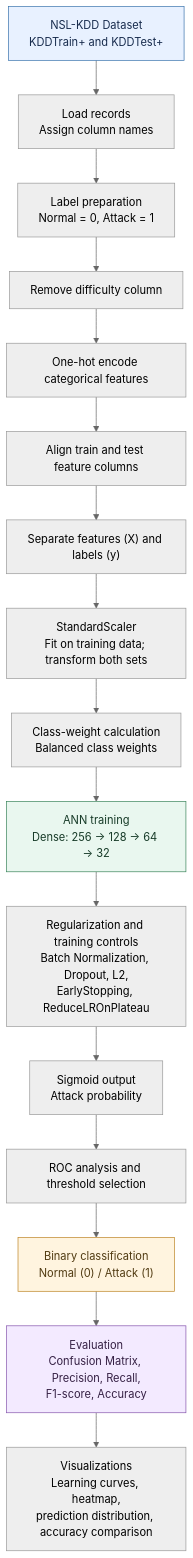
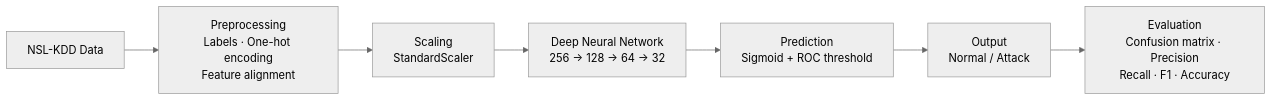
Before and after one commit to SujitSaiY2007/AI-Driven-Intrusion-Detection-System-Using-DeepLearning: the diagram in README.md, drawn with Mermaid (neutral theme). The commit also changed other lines of this file, not shown here.

Commit message:
Update README with final report metrics and simplified horizontal architecture

````diff
--- a/README.md
+++ b/README.md
@@ -30,23 +30,9 @@
 ```mermaid
-flowchart TD
-    A["NSL-KDD Dataset<br/>KDDTrain+ and KDDTest+"] --> B["Load records<br/>Assign column names"]
-    B --> C["Label preparation<br/>Normal = 0, Attack = 1"]
-    C --> D["Remove difficulty column"]
-    D --> E["One-hot encode categorical features"]
-    E --> F["Align train and test feature columns"]
-    F --> G["Separate features (X) and labels (y)"]
-    G --> H["StandardScaler<br/>Fit on training data; transform both sets"]
-    H --> I["Class-weight calculation<br/>Balanced class weights"]
-    I --> J["ANN training<br/>Dense: 256 → 128 → 64 → 32"]
-    J --> K["Regularization and training controls<br/>Batch Normalization, Dropout, L2,<br/>EarlyStopping, ReduceLROnPlateau"]
-    K --> L["Sigmoid output<br/>Attack probability"]
-    L --> M["ROC analysis and threshold selection"]
-    M --> N["Binary classification<br/>Normal (0) / Attack (1)"]
-    N --> O["Evaluation<br/>Confusion Matrix, Precision, Recall,<br/>F1-score, Accuracy"]
-    O --> P["Visualizations<br/>Learning curves, heatmap,<br/>prediction distribution, accuracy comparison"]
-
-    style A fill:#e8f1ff,stroke:#3973ac,color:#172b4d
-    style J fill:#e9f7ef,stroke:#39845a,color:#173b28
-    style N fill:#fff4df,stroke:#bd8425,color:#513b12
-    style O fill:#f3eaff,stroke:#8656ad,color:#352044
+flowchart LR
+    A["NSL-KDD Data"] --> B["Preprocessing<br/>Labels · One-hot encoding<br/>Feature alignment"]
+    B --> C["Scaling<br/>StandardScaler"]
+    C --> D["Deep Neural Network<br/>256 → 128 → 64 → 32"]
+    D --> E["Prediction<br/>Sigmoid + ROC threshold"]
+    E --> F["Output<br/>Normal / Attack"]
+    F --> G["Evaluation<br/>Confusion matrix · Precision<br/>Recall · F1 · Accuracy"]
 ```
````
